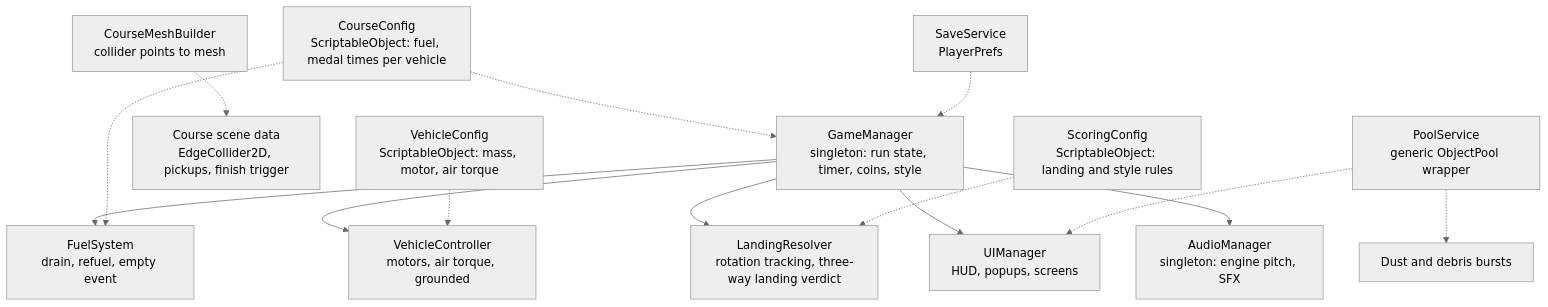
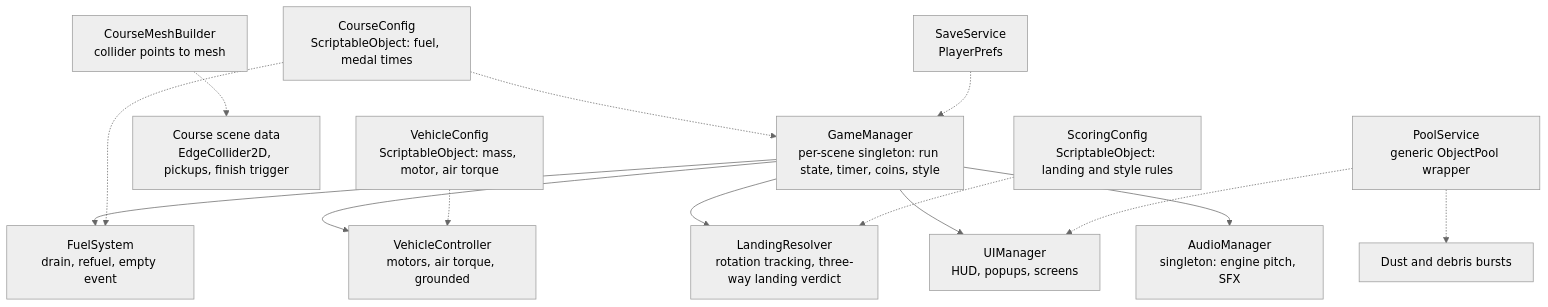
Before and after one commit to KobiSima-1/Hill-Races: the second of 2 diagrams in Docs/GDD.md, drawn with Mermaid (neutral theme). The commit also changed other lines of this file, not shown here.

Commit message:
GDD v0.3: tuning, coast-out rules, per-scene GameManager

````diff
--- a/Docs/GDD.md
+++ b/Docs/GDD.md
@@ -231,16 +233,16 @@
 ```mermaid
 graph TD
-    GM[GameManager<br/>singleton: run state, timer, coins, style] --> V[VehicleController<br/>motors, air torque, grounded]
+    GM[GameManager<br/>per-scene singleton: run state, timer, coins, style] --> V[VehicleController<br/>motors, air torque, grounded]
     GM --> F[FuelSystem<br/>drain, refuel, empty event]
     GM --> LR[LandingResolver<br/>rotation tracking, three-way landing verdict]
     GM --> UI[UIManager<br/>HUD, popups, screens]
     GM --> AM[AudioManager<br/>singleton: engine pitch, SFX]
     CMB[CourseMeshBuilder<br/>collider points to mesh] -.-> COURSE[Course scene data<br/>EdgeCollider2D, pickups, finish trigger]
     POOL[PoolService<br/>generic ObjectPool wrapper] -.-> VFX[Dust and debris bursts]
     POOL -.-> UI
     VC[VehicleConfig<br/>ScriptableObject: mass, motor, air torque] -.-> V
-    CC[CourseConfig<br/>ScriptableObject: fuel, medal times per vehicle] -.-> F
+    CC[CourseConfig<br/>ScriptableObject: fuel, medal times] -.-> F
     CC -.-> GM
     SC[ScoringConfig<br/>ScriptableObject: landing and style rules] -.-> LR
     SAVE[SaveService<br/>PlayerPrefs] -.-> GM
 ```
````
